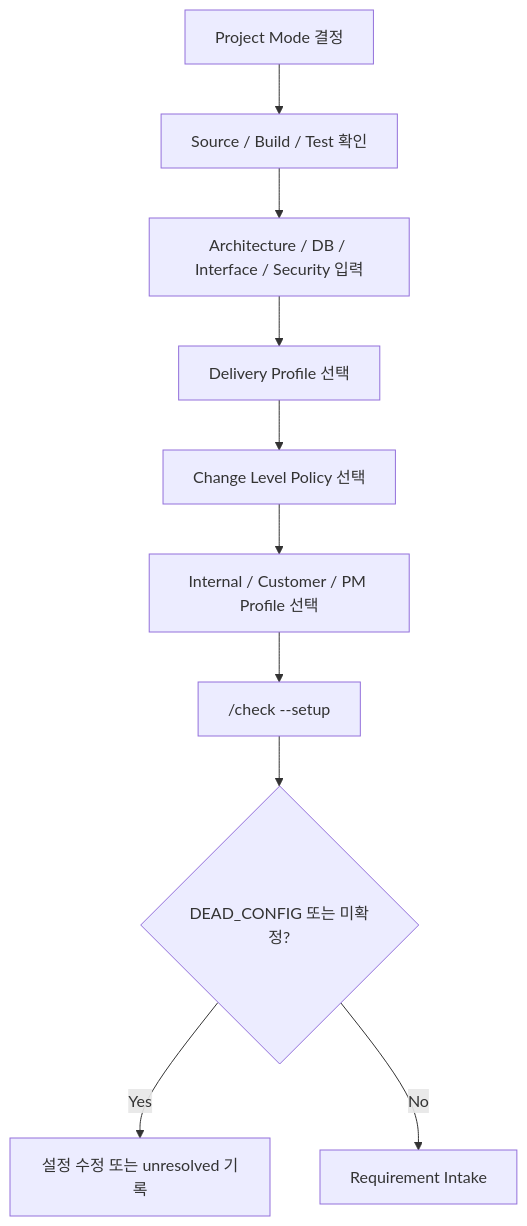
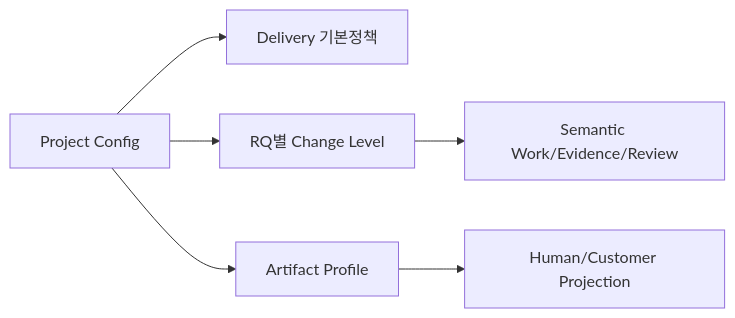
Before and after one commit to Seunghyun0606/SDLC_DDD_SDD: the diagram in docs/00_시작/02_PROJECT_설정가이드.md, drawn with Mermaid. The commit also changed other lines of this file, not shown here.

Commit message:
docs(v1.9): align project config with change execution policy

````diff
--- a/docs/00_시작/02_PROJECT_설정가이드.md
+++ b/docs/00_시작/02_PROJECT_설정가이드.md
@@ -23,12 +17,8 @@
 ```mermaid
-flowchart TD
-    A["Project Mode 결정"] --> B["Source / Build / Test 확인"]
-    B --> C["Architecture / DB / Interface / Security 입력"]
-    C --> D["Delivery Profile 선택"]
-    D --> E["Change Level Policy 선택"]
-    E --> F["Internal / Customer / PM Profile 선택"]
-    F --> G["/check --setup"]
-    G --> H{"DEAD_CONFIG 또는 미확정?"}
-    H -- "Yes" --> I["설정 수정 또는 unresolved 기록"]
-    H -- "No" --> J["Requirement Intake"]
+flowchart LR
+    P["Project Config"] --> D["Delivery 기본정책"]
+    P --> C["RQ별 Change Level"]
+    P --> A["Artifact Profile"]
+    C --> W["Semantic Work/Evidence/Review"]
+    A --> V["Human/Customer Projection"]
 ```
````
